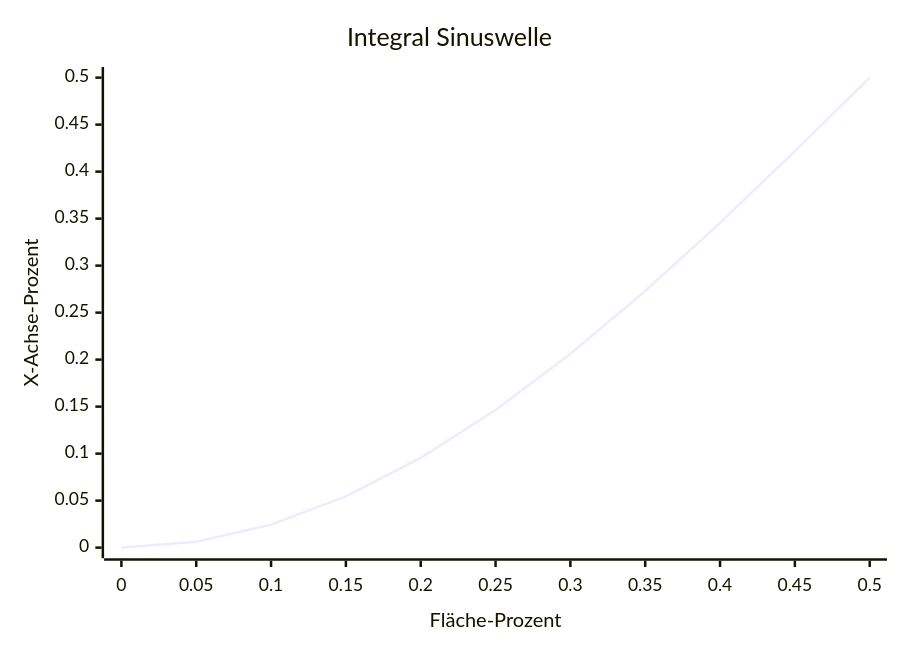
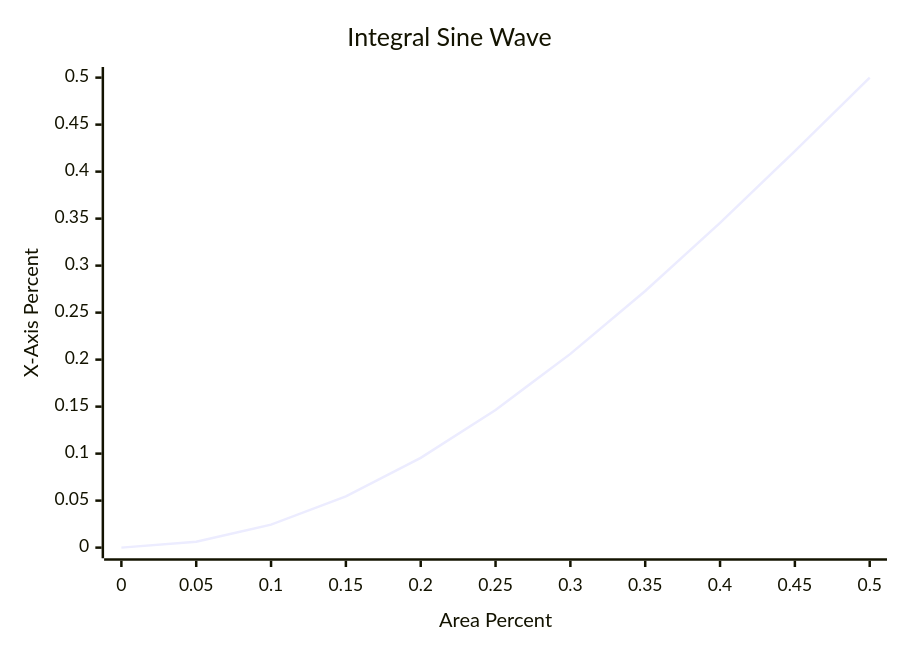
One commit to korsarNek/korsarNek changed the second of 2 diagrams in source/_posts/Hotplate.md. Above: the diagram before and after it, drawn with Mermaid. The commit also changed other lines of this file and 35 other files, not shown here.

````diff
--- a/source/_posts/Hotplate.md
+++ b/source/_posts/Hotplate.md
@@ -220,7 +231,7 @@
 ```mermaid
 xychart-beta
-title "Integral Sinuswelle"
-x-axis "Fläche-Prozent" [0, 0.05, 0.1, 0.15, 0.2, 0.25, 0.3, 0.35, 0.4, 0.45, 0.5]
-y-axis "X-Achse-Prozent" 0 --> 0.5
+title "Integral Sine Wave"
+x-axis "Area Percent" [0, 0.05, 0.1, 0.15, 0.2, 0.25, 0.3, 0.35, 0.4, 0.45, 0.5]
+y-axis "X-Axis Percent" 0 --> 0.5
 line [0, 0.00615582970243, 0.0244717418524, 0.0544967379058, 0.0954915028125, 0.146446609407, 0.206107373854, 0.27300475013, 0.345491502812, 0.42178276748, 0.5]
 ```
````
